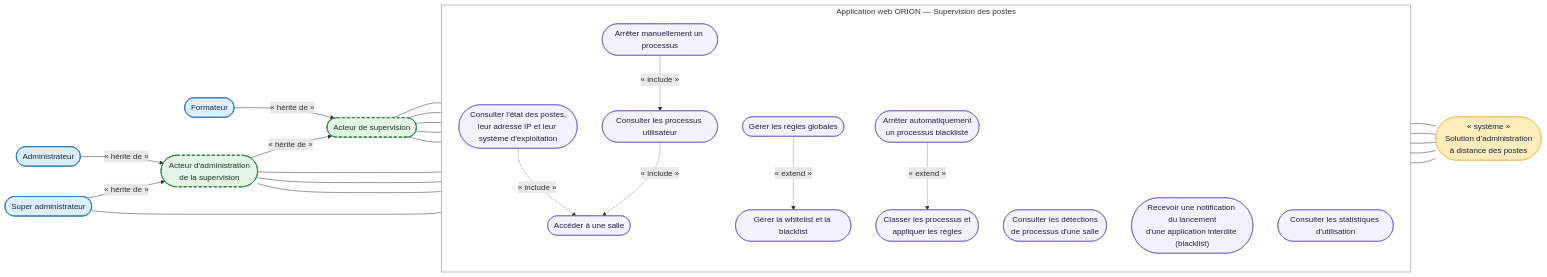
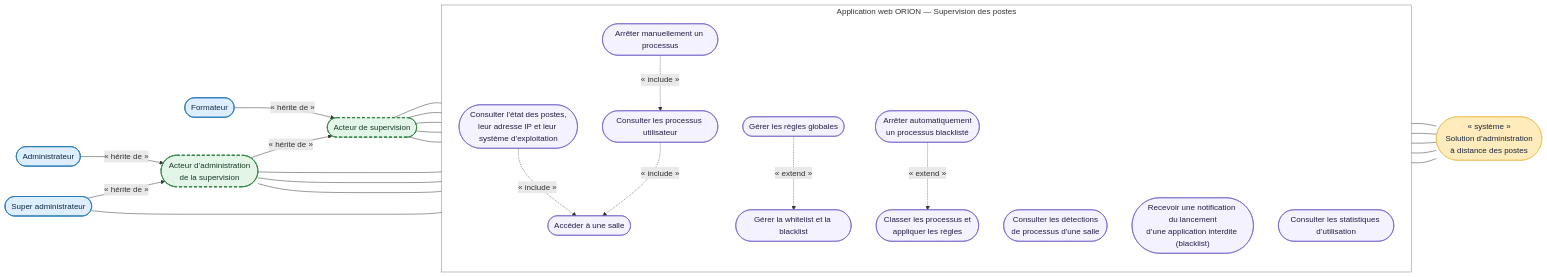
The diagram in docs/02-ANALYSE/02-CAPTURE-DES-BESOINS/05-DCU-SUPERVISION-POSTES.md (bpierrelouis/aster), drawn with Mermaid before and after one commit. The commit also changed other lines of this file and 32 other files, not shown here.

````diff
--- a/docs/02-ANALYSE/02-CAPTURE-DES-BESOINS/05-DCU-SUPERVISION-POSTES.md
+++ b/docs/02-ANALYSE/02-CAPTURE-DES-BESOINS/05-DCU-SUPERVISION-POSTES.md
@@ -9,63 +9,63 @@
 ```mermaid
 flowchart LR
     acteurSupervision(["Acteur de supervision"])
     formateur(["Formateur"])
     administrateur(["Administrateur"])
     superAdministrateur(["Super administrateur"])
-    acteurAdministrationSupervision(["Acteur d'administration<br/>de la supervision"])
+    acteurAdministrationSupervision(["Acteur d’administration<br/>de la supervision"])
 
     formateur -->|« hérite de »| acteurSupervision
     acteurAdministrationSupervision -->|« hérite de »| acteurSupervision
     administrateur -->|« hérite de »| acteurAdministrationSupervision
     superAdministrateur -->|« hérite de »| acteurAdministrationSupervision
 
     subgraph orion["Application web ORION — Supervision des postes"]
         direction TB
         accederSalle(["Accéder à une salle"])
-        consulterEtat(["Consulter l'état des postes,<br/>leur adresse IP et leur système d'exploitation"])
+        consulterEtat(["Consulter l’état des postes,<br/>leur adresse IP et leur système d’exploitation"])
         consulterProcessus(["Consulter les processus utilisateur"])
         arreterProcessus(["Arrêter manuellement un processus"])
         gererListes(["Gérer la whitelist et la blacklist"])
         gererReglesGlobales(["Gérer les règles globales"])
         appliquerRegles(["Classer les processus et<br/>appliquer les règles"])
         arreterInterdit(["Arrêter automatiquement<br/>un processus blacklisté"])
-        consulterAlertes(["Consulter les détections<br/>de processus d'une salle"])
-        recevoirAlerte(["Recevoir une notification du lancement<br/>d'une application interdite (blacklist)"])
-        consulterStatistiques(["Consulter les statistiques d'utilisation"])
+        consulterAlertes(["Consulter les détections<br/>de processus d’une salle"])
+        recevoirAlerte(["Recevoir une notification du lancement<br/>d’une application interdite (blacklist)"])
+        consulterStatistiques(["Consulter les statistiques d’utilisation"])
     end
 
     administrationDistante(["« système »<br/>Solution d’administration<br/>à distance des postes"])
 
     acteurSupervision --- accederSalle
     acteurSupervision --- consulterEtat
     acteurSupervision --- consulterProcessus
     acteurSupervision --- arreterProcessus
     acteurSupervision --- consulterAlertes
     acteurAdministrationSupervision --- gererListes
     acteurAdministrationSupervision --- consulterStatistiques
     acteurAdministrationSupervision --- recevoirAlerte
     superAdministrateur --- gererReglesGlobales
 
     consulterEtat -.->|« include »| accederSalle
     consulterProcessus -.->|« include »| accederSalle
     arreterProcessus -.->|« include »| consulterProcessus
     gererReglesGlobales -.->|« extend »| gererListes
     arreterInterdit -.->|« extend »| appliquerRegles
 
     consulterEtat --- administrationDistante
     consulterProcessus --- administrationDistante
     arreterProcessus --- administrationDistante
     appliquerRegles --- administrationDistante
     arreterInterdit --- administrationDistante
 
     classDef acteurReel fill:#DCEEFF,stroke:#2878B5,color:#102A43,stroke-width:1.5px
     classDef acteurAbstrait fill:#E3F5E6,stroke:#35864A,color:#173B22,stroke-width:2px,stroke-dasharray:6 4
     classDef acteurSecondaire fill:#FFECBD,stroke:#E8B84E,color:#17243B
     classDef casUtilisation fill:#F5F2FF,stroke:#6954C0,color:#241C45
     class formateur,administrateur,superAdministrateur acteurReel
     class acteurSupervision,acteurAdministrationSupervision acteurAbstrait
     class administrationDistante acteurSecondaire
     class accederSalle,consulterEtat,consulterProcessus,arreterProcessus,gererListes,gererReglesGlobales,appliquerRegles,arreterInterdit,consulterAlertes,recevoirAlerte,consulterStatistiques casUtilisation
 
     style orion fill:none,stroke:#7D8793,stroke-width:1px
 ```
````
